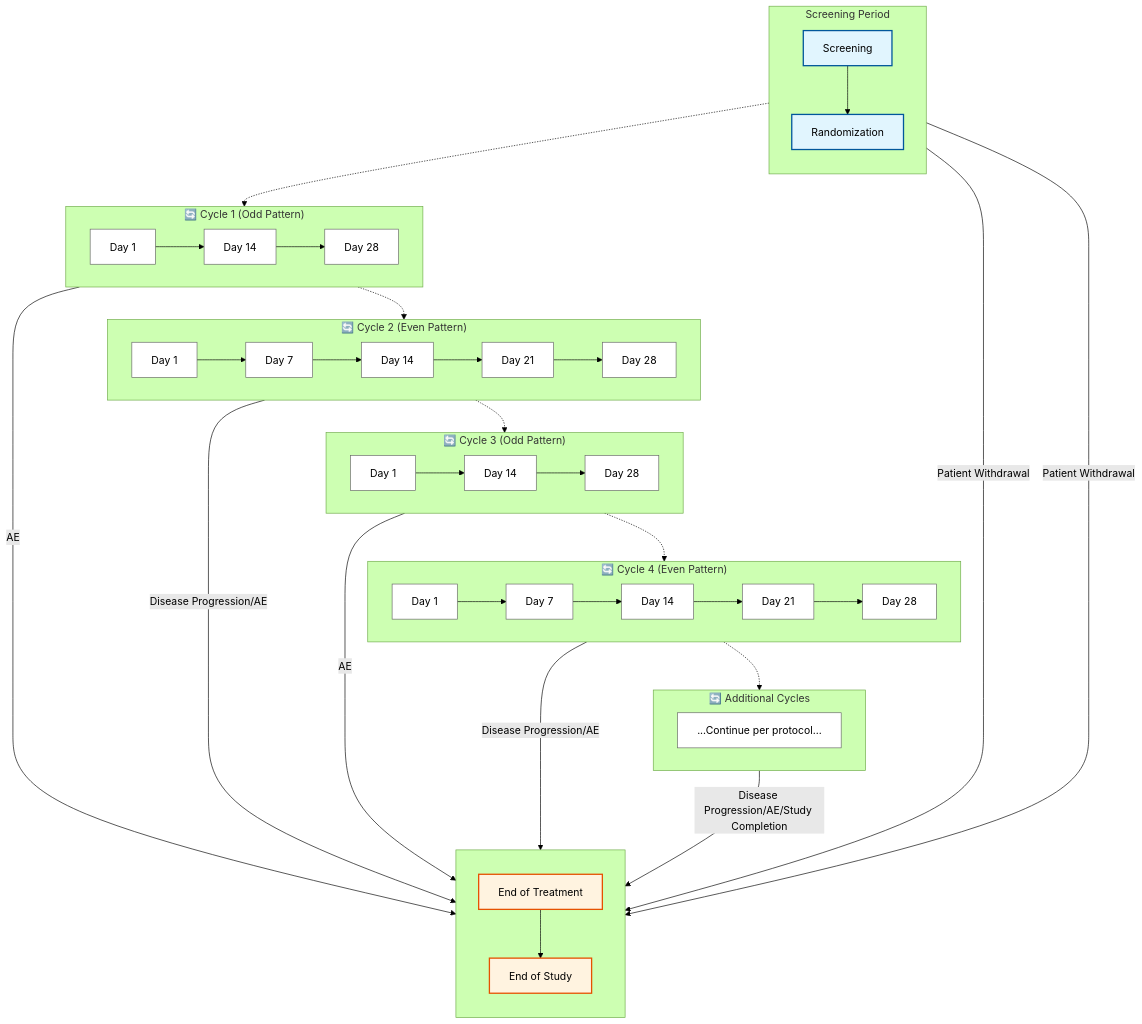
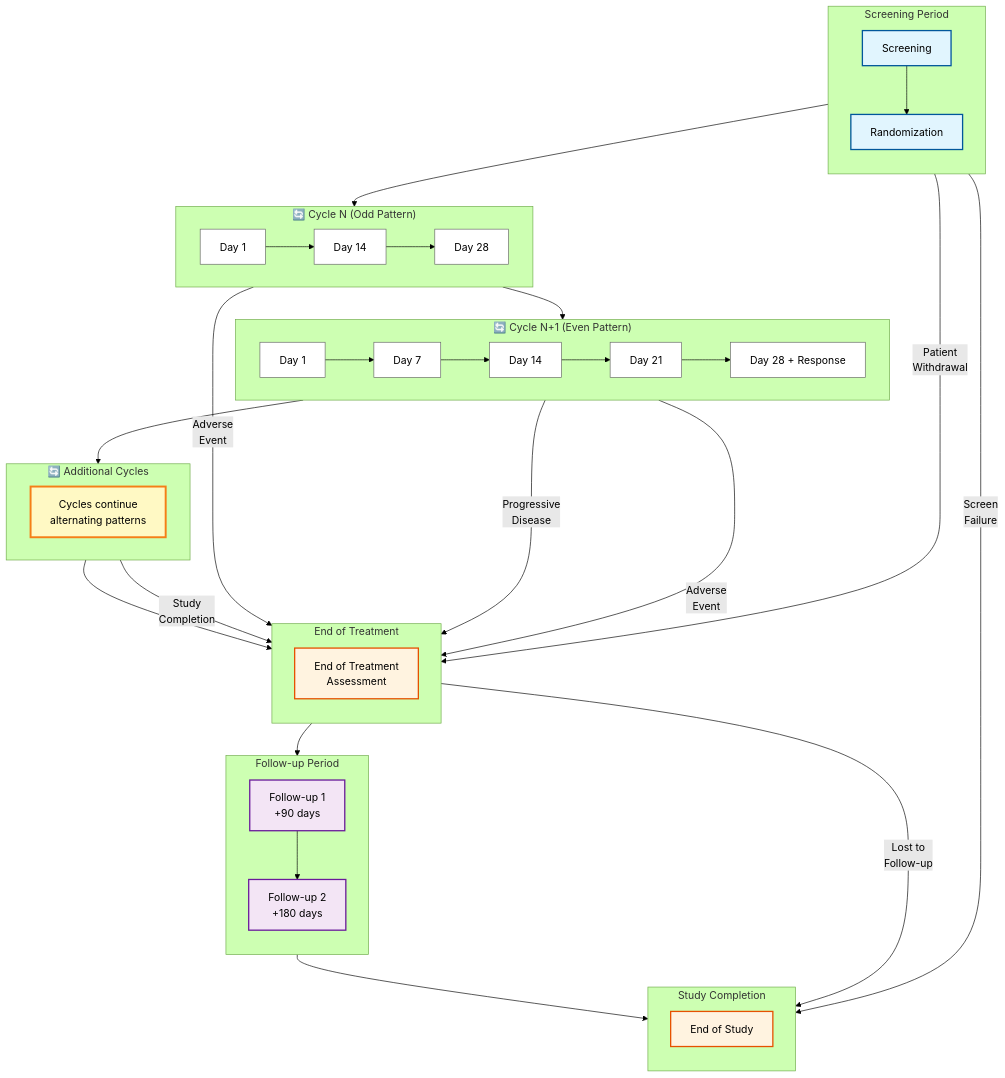
One commit to HL7/Vulcan-schedule-ig changed the fourth of 4 diagrams in input/pagecontent/dynamic-visit-plans.md. Above: the diagram before and after it, drawn with Mermaid (forest theme). The commit also changed other lines of this file, not shown here.

Commit message:
Updated SOAs

````diff
--- a/input/pagecontent/dynamic-visit-plans.md
+++ b/input/pagecontent/dynamic-visit-plans.md
@@ -768,66 +768,60 @@
     end
 
     %% Cycle 1 (Odd cycle pattern)
-    subgraph Cycle1["🔄 Cycle 1 (Odd Pattern)"]
+    subgraph Cycle1["🔄 Cycle N (Odd Pattern)"]
         direction LR
         C1D1[Day 1] --> C1D14[Day 14]
         C1D14 --> C1D28[Day 28]
     end
 
     %% Cycle 2 (Even cycle pattern)
-    subgraph Cycle2["🔄 Cycle 2 (Even Pattern)"]
+    subgraph Cycle2["🔄 Cycle N+1 (Even Pattern)"]
         direction LR
         C2D1[Day 1] --> C2D7[Day 7]
         C2D7 --> C2D14[Day 14]
         C2D14 --> C2D21[Day 21]
-        C2D21 --> C2D28[Day 28]
-    end
-
-    %% Cycle 3 (Odd cycle pattern)
-    subgraph Cycle3["🔄 Cycle 3 (Odd Pattern)"]
-        direction LR
-        C3D1[Day 1] --> C3D14[Day 14]
-        C3D14 --> C3D28[Day 28]
-    end
-
-    %% Cycle 4 (Even cycle pattern)
-    subgraph Cycle4["🔄 Cycle 4 (Even Pattern)"]
-        direction LR
-        C4D1[Day 1] --> C4D7[Day 7]
-        C4D7 --> C4D14[Day 14]
-        C4D14 --> C4D21[Day 21]
-        C4D21 --> C4D28[Day 28]
+        C2D21 --> C2D28[Day 28 + Response]
     end
 
     %% Additional Cycles Indicator
     subgraph CycleContinuation["🔄 Additional Cycles"]
         direction LR
-        MoreCycles[...Continue per protocol...]
+        MoreCycles[Cycles continue<br/>alternating patterns]
     end
 
     %% Post-treatment Phase
-    subgraph PostTreatment[" "]
+    subgraph PostTreatment["End of Treatment"]
         direction TB
-        EndTreatment[End of Treatment] --> EOS[End of Study]
+        EndTreatment[End of Treatment<br/>Assessment]
     end
 
-    %% Transitions between phases and cycles
-    Randomization -.-> Cycle1 
-    Cycle1 -.-> Cycle2
-    Cycle2 -.-> Cycle3
-    Cycle3 -.-> Cycle4
-    Cycle4 -.-> CycleContinuation
+    %% Follow-up
+    subgraph FollowUp["Follow-up Period"]
+        direction TB
+        FU1[Follow-up 1<br/>+90 days] --> FU2[Follow-up 2<br/>+180 days]
+    end
     
-    %% Early termination paths from any cycle
-    Cycle1 --AE--> PostTreatment
-    Cycle2 --Disease Progression/AE--> PostTreatment
-    Cycle3 --AE--> PostTreatment
-    Cycle4 --Disease Progression/AE--> PostTreatment
-    CycleContinuation --Disease Progression/AE/Study Completion--> PostTreatment
+    subgraph EndStudy["Study Completion"]
+        direction TB
+        EndOfStudy[End of Study]
+    end
 
-    %% Early termination from pre-treatment
-    Screening --Patient Withdrawal--> PostTreatment
-    Randomization --Patient Withdrawal--> PostTreatment
+    %% Transitions between phases and cycles (vertical stacking)
+    PreTreatment --> Cycle1
+    Cycle1 --> Cycle2
+    Cycle2 --> CycleContinuation
+    CycleContinuation --> PostTreatment
+    PostTreatment --> FollowUp
+    FollowUp --> EndStudy
+    
+    %% Early termination paths
+    C2D28 --Progressive<br/>Disease--> PostTreatment
+    CycleContinuation --Study<br/>Completion--> PostTreatment
+    Screening --Screen<br/>Failure--> EndStudy
+    Randomization --Patient<br/>Withdrawal--> PostTreatment
+    Cycle1 --Adverse<br/>Event--> PostTreatment
+    Cycle2 --Adverse<br/>Event--> PostTreatment
+    PostTreatment --Lost to<br/>Follow-up--> EndStudy
 
     %% Styling
     classDef prePhase fill:#e1f5fe,stroke:#01579b,stroke-width:2px
@@ -835,11 +829,14 @@
     classDef evenCycleBox fill:#e8f5e8,stroke:#1b5e20,stroke-width:3px
     classDef continueBox fill:#fff9c4,stroke:#f57f17,stroke-width:3px
     classDef postPhase fill:#fff3e0,stroke:#e65100,stroke-width:2px
+    classDef followupPhase fill:#f3e5f5,stroke:#6a1b9a,stroke-width:2px
     classDef encounter fill:#ffffff,stroke:#666666,stroke-width:1px
 
     class Screening,Randomization prePhase
-    class EndTreatment,EOS postPhase
-    class C1D1,C1D14,C1D28,C3D1,C3D14,C3D28 encounter
-    class C2D1,C2D7,C2D14,C2D21,C2D28,C4D1,C4D7,C4D14,C4D21,C4D28 encounter
-    class MoreCycles encounter
+    class EndTreatment postPhase
+    class FU1,FU2 followupPhase
+    class C1D1,C1D14,C1D28 encounter
+    class C2D1,C2D7,C2D14,C2D21,C2D28 encounter
+    class MoreCycles continueBox
+    class EndOfStudy postPhase
 ```
````
